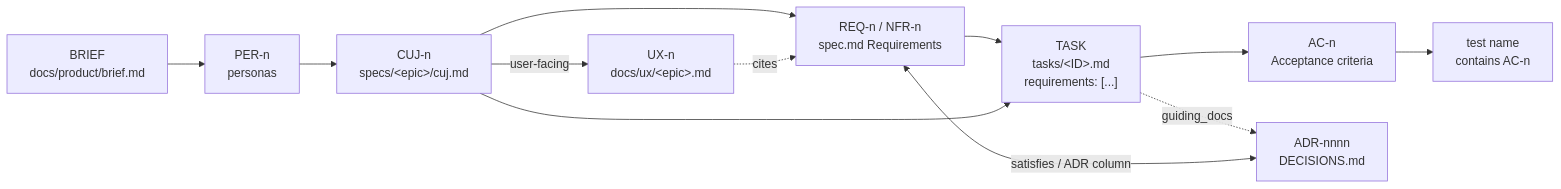
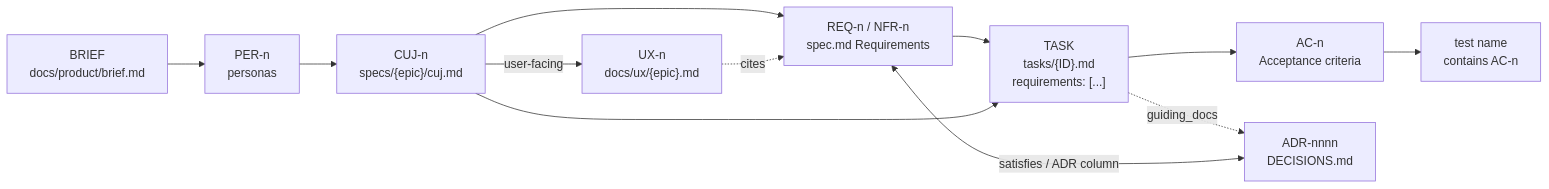
One commit to xaviertorgerson/promptbook changed the first of 2 diagrams in CONTRACTS.md. Above: the diagram before and after it, drawn with Mermaid. The commit also changed other lines of this file and 2 other files, not shown here.

Commit message:
docs(adapters): mark the Gemini claims no page confirmed
The Gemini policy-engine page does not say whether a deny rule outranks
YOLO auto-approval, and the file-tool names used for read and write
denies come from the installed version's tool list, not from a page read
here. Both are now marked unverified, and the compiler refuses the
autonomous tier for Gemini unless the operator accepts the gap, which is
the fail-closed default for anything not shown to hold. CONTRACTS.md's
Mermaid labels drop HTML entities that some renderers show literally, and
the Herdr and stagehand citations carry their commit dates.

````diff
--- a/CONTRACTS.md
+++ b/CONTRACTS.md
@@ -300,14 +300,14 @@
 ```mermaid
 flowchart LR
   BRIEF["BRIEF<br/>docs/product/brief.md"] --> PER["PER-n<br/>personas"]
-  PER --> CUJ["CUJ-n<br/>specs/&lt;epic&gt;/cuj.md"]
+  PER --> CUJ["CUJ-n<br/>specs/{epic}/cuj.md"]
   CUJ --> REQ["REQ-n / NFR-n<br/>spec.md Requirements"]
-  CUJ -- "user-facing" --> UX["UX-n<br/>docs/ux/&lt;epic&gt;.md"]
+  CUJ -- "user-facing" --> UX["UX-n<br/>docs/ux/{epic}.md"]
   UX -. cites .-> REQ
-  REQ --> TASK["TASK<br/>tasks/&lt;ID&gt;.md<br/>requirements: [...]"]
+  REQ --> TASK["TASK<br/>tasks/{ID}.md<br/>requirements: [...]"]
   CUJ --> TASK
   TASK --> AC["AC-n<br/>Acceptance criteria"]
   AC --> TEST["test name<br/>contains AC-n"]
   ADR["ADR-nnnn<br/>DECISIONS.md"] <-->|"satisfies / ADR column"| REQ
   TASK -. guiding_docs .-> ADR
 ```
````
